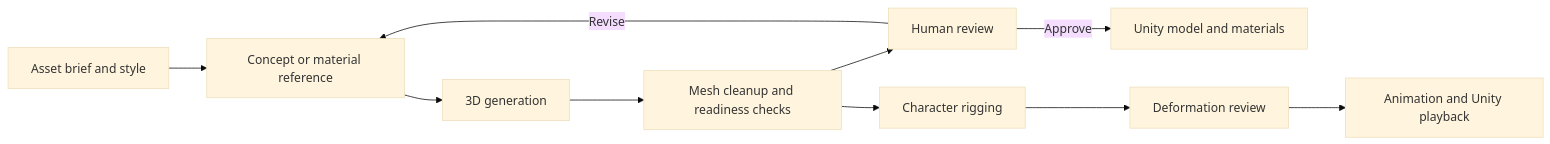
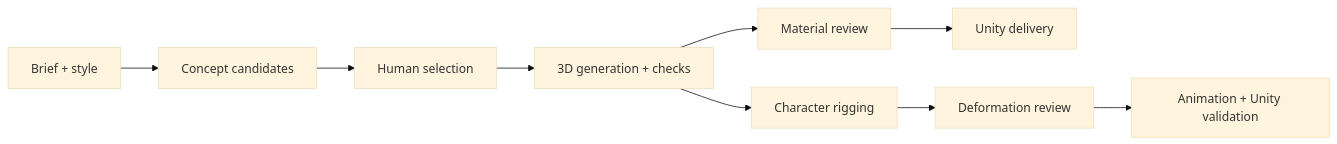
The diagram in README.md (gysahlgreene/SlopForge), drawn with Mermaid (base theme) before and after one commit. The commit also changed other lines of this file and 178 other files, not shown here.

````diff
--- a/README.md
+++ b/README.md
@@ -7,12 +20,11 @@
 ```mermaid
 flowchart LR
-  A[Asset brief and style] --> B[Concept or material reference]
-  B --> C[3D generation]
-  C --> D[Mesh cleanup and readiness checks]
-  D --> E[Human review]
-  E -->|Revise| B
-  E -->|Approve| F[Unity model and materials]
-  D --> G[Character rigging]
-  G --> H[Deformation review]
-  H --> I[Animation and Unity playback]
+    Brief[Brief + style] --> Concept[Concept candidates]
+    Concept --> Review[Human selection]
+    Review --> Mesh[3D generation + checks]
+    Mesh --> Materials[Material review]
+    Materials --> Unity[Unity delivery]
+    Mesh --> Rig[Character rigging]
+    Rig --> Motion[Deformation review]
+    Motion --> Playback[Animation + Unity validation]
 ```
````
